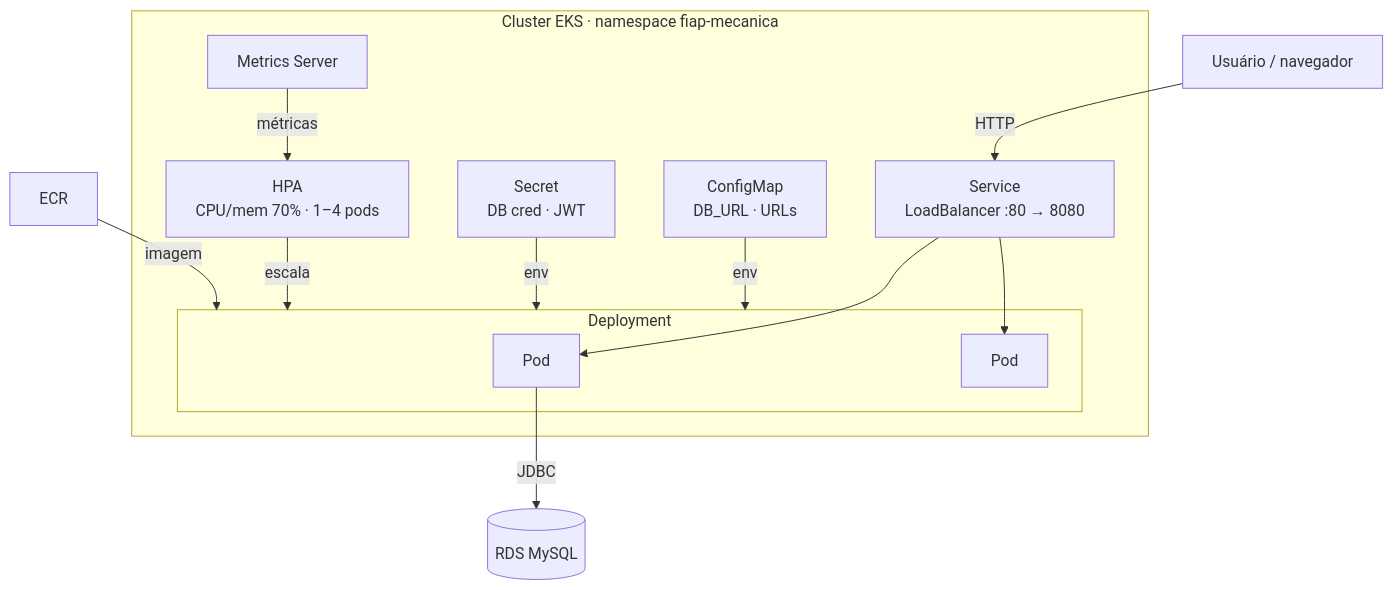
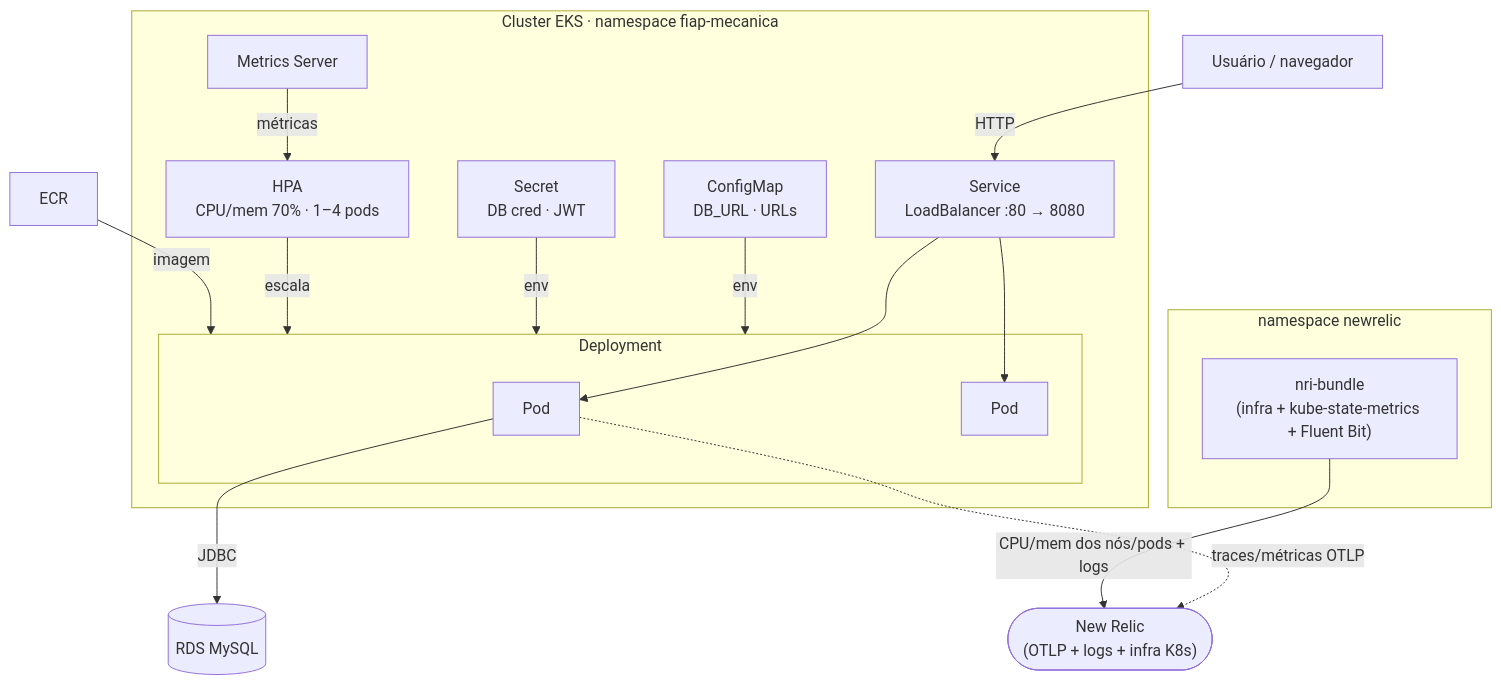
One commit to ArthurPeruzzo/fiap-mecanica changed the diagram in k8s/README.md. Above: the diagram before and after it, drawn with Mermaid. The commit also changed other lines of this file and 6 other files, not shown here.

````diff
--- a/k8s/README.md
+++ b/k8s/README.md
@@ -7,27 +7,34 @@
 ```mermaid
 graph TB
     User["Usuário / navegador"]
 
     subgraph NS["Cluster EKS · namespace fiap-mecanica"]
         SVC["Service<br/>LoadBalancer :80 → 8080"]
         subgraph DEP["Deployment"]
             P1["Pod"]
             P2["Pod"]
         end
         HPA["HPA<br/>CPU/mem 70% · 1–4 pods"]
         CM["ConfigMap<br/>DB_URL · URLs"]
         SEC["Secret<br/>DB cred · JWT"]
         MS["Metrics Server"]
     end
 
+    subgraph NR["namespace newrelic"]
+        NRB["nri-bundle<br/>(infra + kube-state-metrics + Fluent Bit)"]
+    end
+
     ECR["ECR"]
     RDS[("RDS MySQL")]
+    NEWRELIC(["New Relic<br/>(OTLP + logs + infra K8s)"])
 
     User -->|HTTP| SVC --> P1 & P2
     CM -->|env| DEP
     SEC -->|env| DEP
     MS -->|métricas| HPA
     HPA -->|escala| DEP
     ECR -->|imagem| DEP
     P1 -->|JDBC| RDS
+    P1 -.->|traces/métricas OTLP| NEWRELIC
+    NRB -->|CPU/mem dos nós/pods + logs| NEWRELIC
 ```
````
